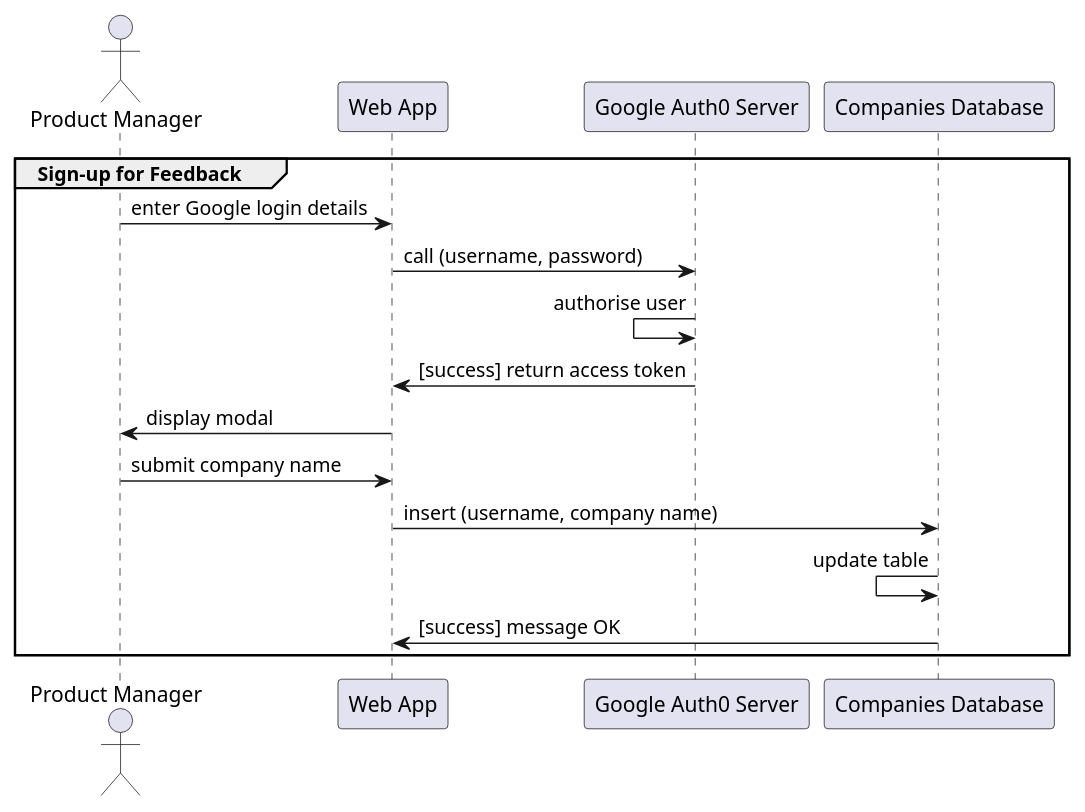
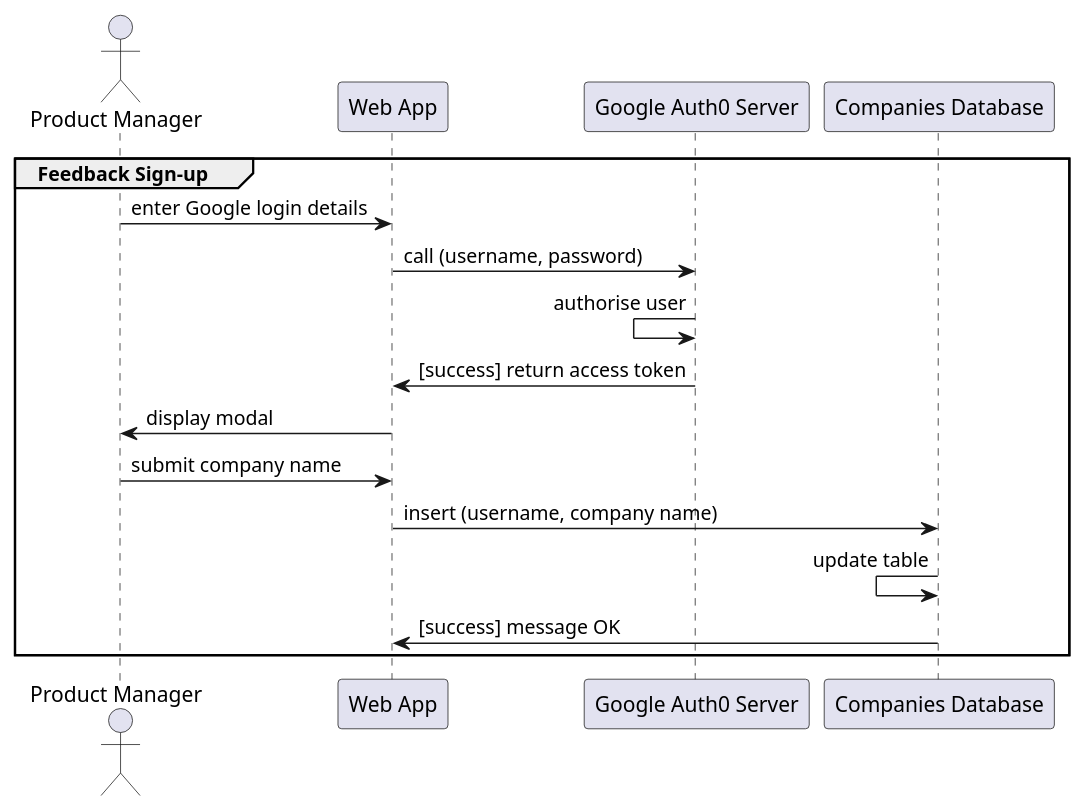
The diagram in examples/sign-up.puml (jennifer-platt/ECM2429-UML), drawn with PlantUML before and after one commit. The commit also changed 1 other file, not shown here.

Commit message:
Update sign-up

```diff
--- a/examples/sign-up.puml
+++ b/examples/sign-up.puml
@@ -1,17 +1,17 @@
 @startuml sign-up
 
 Actor "Product Manager"
 
-group Sign-up for Feedback
+group Feedback Sign-up
 "Product Manager" -> "Web App": enter Google login details
 "Web App" -> "Google Auth0 Server": call (username, password)
 "Google Auth0 Server" <- "Google Auth0 Server": authorise user
 "Web App" <- "Google Auth0 Server": [success] return access token
 "Product Manager" <- "Web App": display modal
 "Product Manager" -> "Web App": submit company name
 "Web App" -> "Companies Database": insert (username, company name)
 "Companies Database" <- "Companies Database": update table
 "Web App" <- "Companies Database": [success] message OK
 end
 
 @enduml
```
